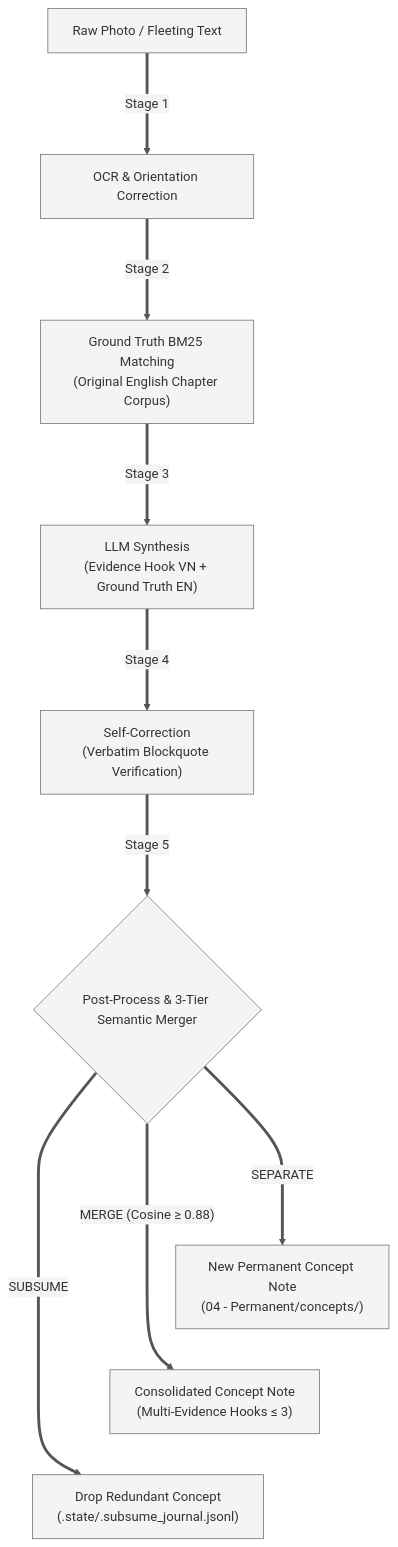
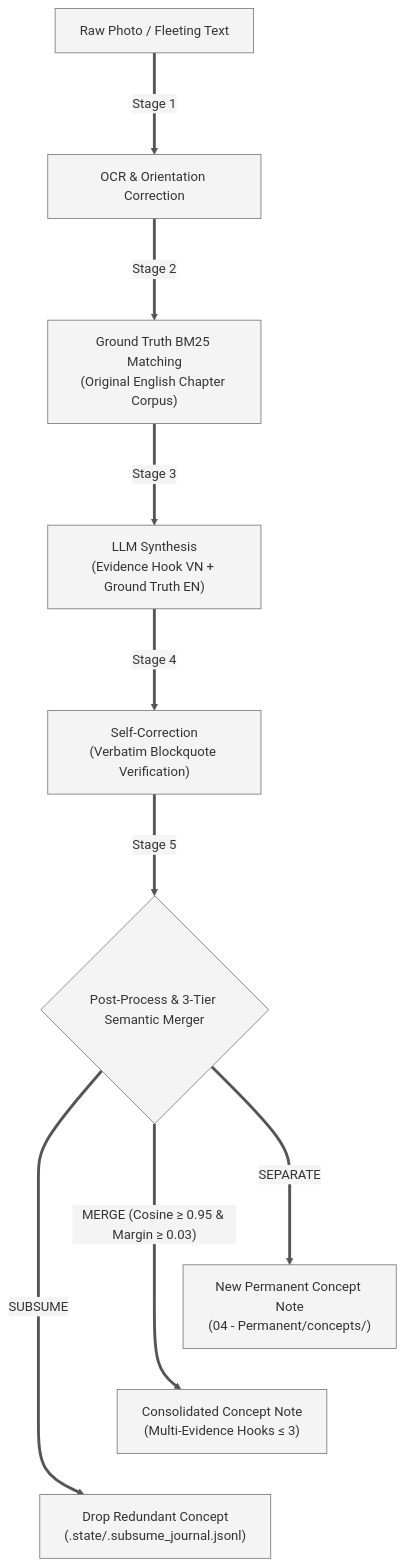
Before and after one commit to vvChu/vvc-second-brain-scripts: the first of 2 diagrams in scripts/README.md, drawn with Mermaid. The commit also changed 13 other files, not shown here.

````diff
--- a/scripts/README.md
+++ b/scripts/README.md
@@ -144,15 +144,15 @@
 ```mermaid
 %%{init: {'theme': 'base', 'themeVariables': { 'primaryColor': '#f4f4f4', 'primaryTextColor': '#333333', 'primaryBorderColor': '#777777', 'lineColor': '#555555' }}}%%
 flowchart TD
     A["Raw Photo / Fleeting Text"] ===>|"Stage 1"| B["OCR & Orientation Correction"]
     B ===>|"Stage 2"| C["Ground Truth BM25 Matching<br/>(Original English Chapter Corpus)"]
     C ===>|"Stage 3"| D["LLM Synthesis<br/>(Evidence Hook VN + Ground Truth EN)"]
     D ===>|"Stage 4"| E["Self-Correction<br/>(Verbatim Blockquote Verification)"]
     E ===>|"Stage 5"| F{"Post-Process & 3-Tier Semantic Merger"}
 
-    F ===>|"MERGE (Cosine ≥ 0.88)"| G["Consolidated Concept Note<br/>(Multi-Evidence Hooks ≤ 3)"]
+    F ===>|"MERGE (Cosine ≥ 0.95 & Margin ≥ 0.03)"| G["Consolidated Concept Note<br/>(Multi-Evidence Hooks ≤ 3)"]
     F ===>|"SEPARATE"| H["New Permanent Concept Note<br/>(04 - Permanent/concepts/)"]
     F ===>|"SUBSUME"| I["Drop Redundant Concept<br/>(.state/.subsume_journal.jsonl)"]
 
     H ~~~ G ~~~ I
 ```
````
